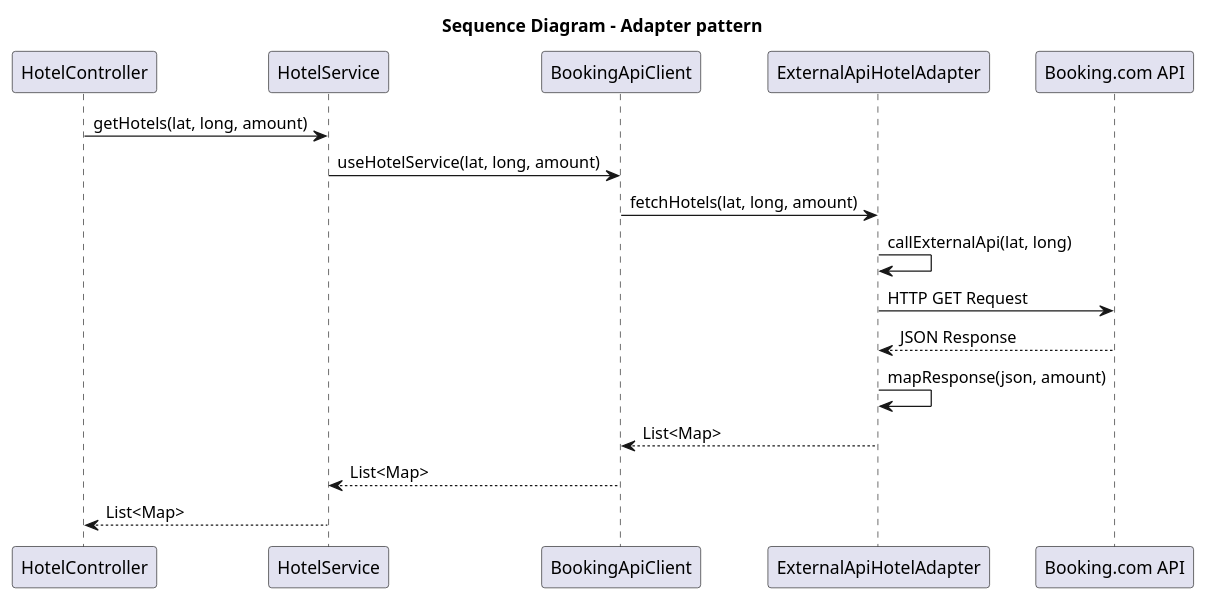
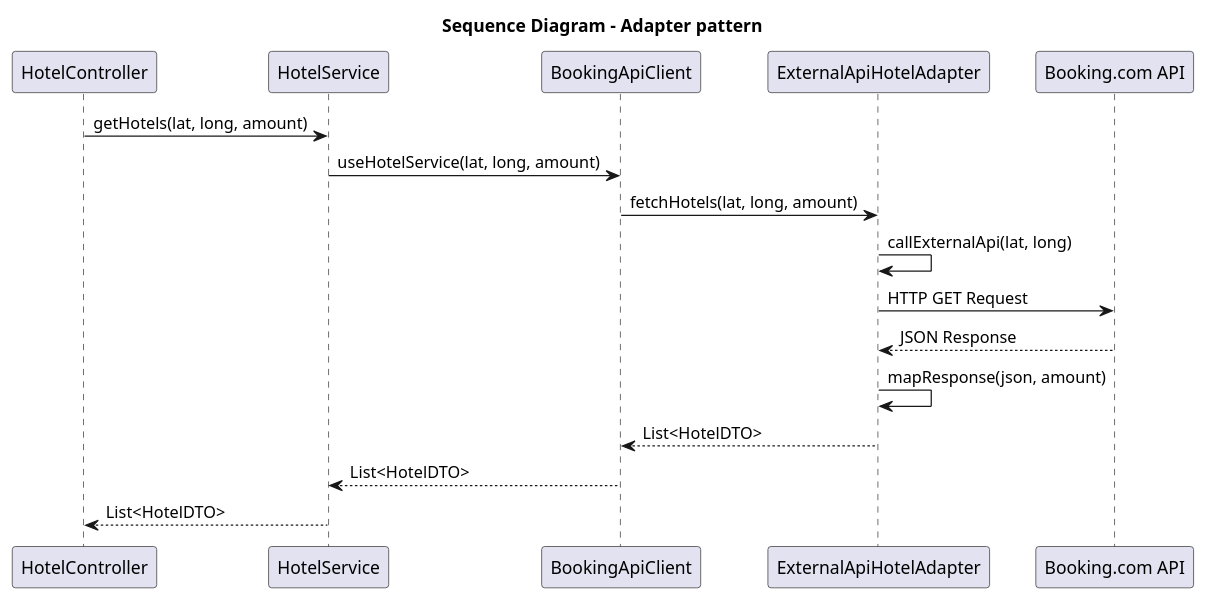
Before and after one commit to AIM-ENE-feb25/triptop-groep-3: the diagram in opdracht-diagrammen/Ontwerpvraag/C4 OntwerpVraag Tren/C4SequenceDiagramOntwerpVraagTren.puml, drawn with PlantUML. The commit also changed 4 other files, not shown here.

Commit message:
diagrammen update met DTO

```diff
--- a/opdracht-diagrammen/Ontwerpvraag/C4 OntwerpVraag Tren/C4SequenceDiagramOntwerpVraagTren.puml
+++ b/opdracht-diagrammen/Ontwerpvraag/C4 OntwerpVraag Tren/C4SequenceDiagramOntwerpVraagTren.puml
@@ -1,21 +1,21 @@
 @startuml
 title Sequence Diagram – Adapter pattern
 
 participant "HotelController" as Controller
 participant "HotelService" as Service
 participant "BookingApiClient" as Client
 participant "ExternalApiHotelAdapter" as Adapter
 participant "Booking.com API" as API
 
 Controller -> Service : getHotels(lat, long, amount)
 Service -> Client : useHotelService(lat, long, amount)
 Client -> Adapter : fetchHotels(lat, long, amount)
 Adapter -> Adapter : callExternalApi(lat, long)
 Adapter -> API : HTTP GET Request
 API --> Adapter : JSON Response
 Adapter -> Adapter : mapResponse(json, amount)
-Adapter --> Client : List<Map>
-Client --> Service : List<Map>
-Service --> Controller : List<Map>
+Adapter --> Client : List<HotelDTO>
+Client --> Service : List<HotelDTO>
+Service --> Controller : List<HotelDTO>
 
 @enduml§
```
